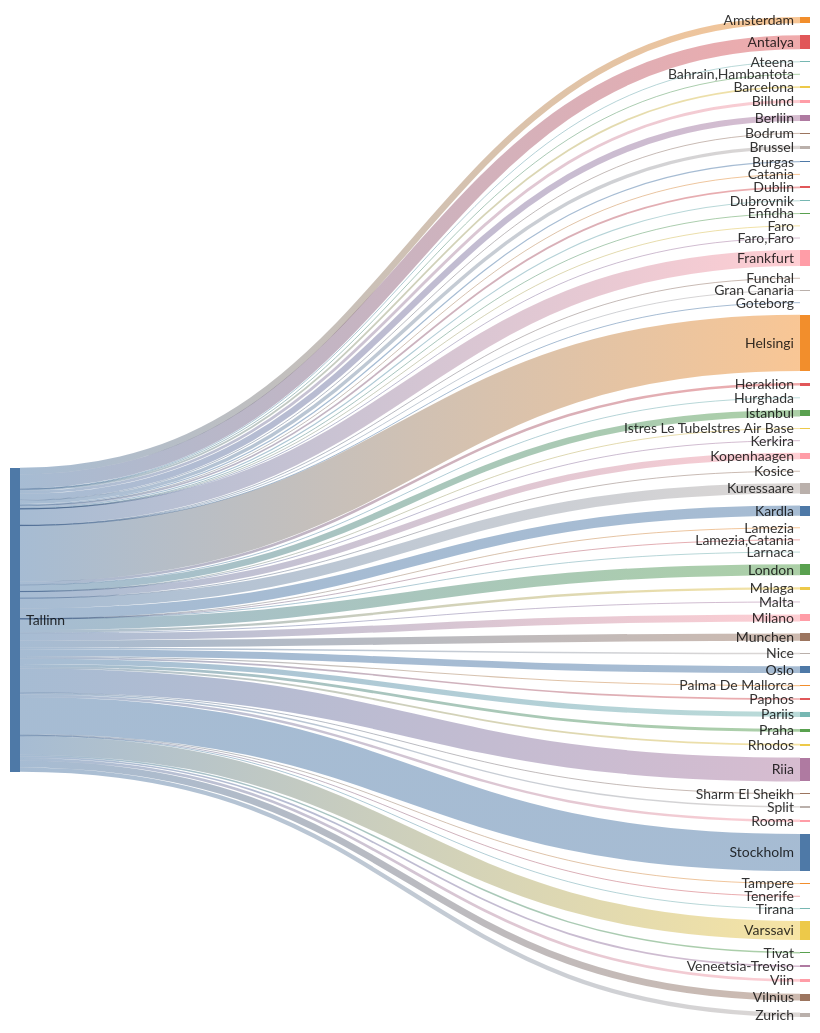
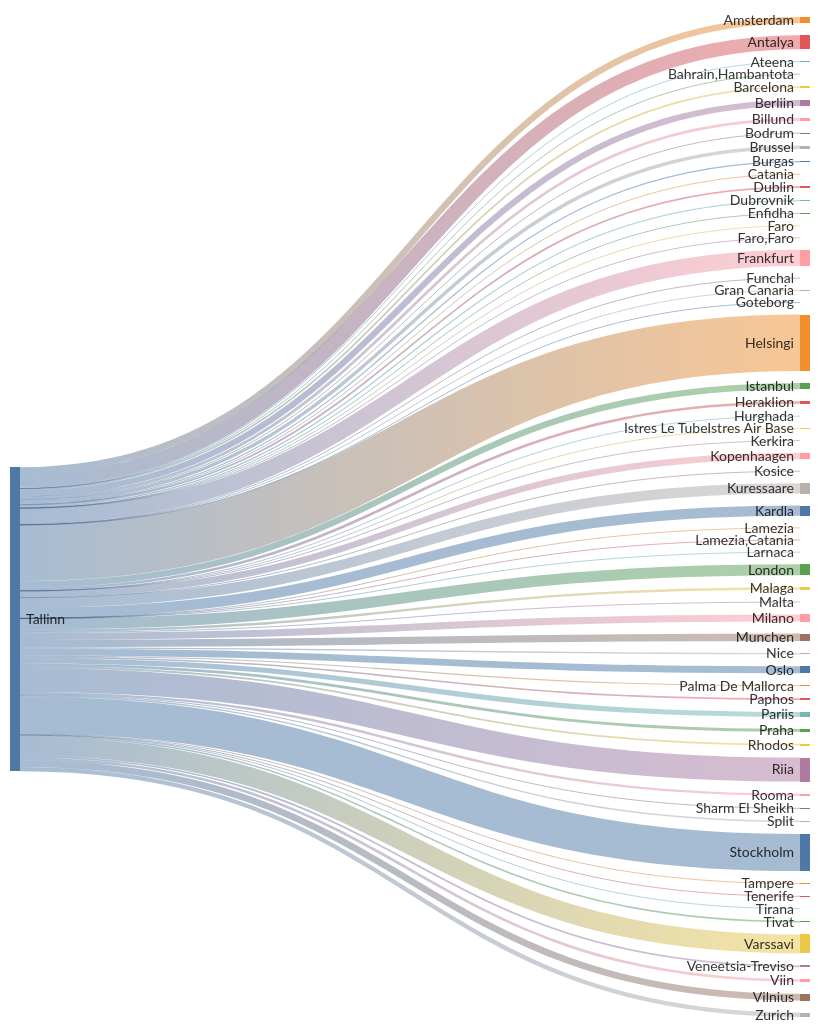
One commit to rainermesi/tll-airport-departures changed the second of 2 diagrams in README.md. Above: the diagram before and after it, drawn with Mermaid. The commit also changed other lines of this file, not shown here.

````diff
--- a/README.md
+++ b/README.md
@@ -34,72 +34,72 @@
 ```mermaid
 ---
 config:
   sankey:
     showValues: false
     width: 800
     height: 1000
 ---
 sankey-beta
 %% source,target,value
-Tallinn,Amsterdam,112
+Tallinn,Amsterdam,113
 Tallinn,Antalya,245
 Tallinn,Ateena,16
 Tallinn,"Bahrain,Hambantota",1
 Tallinn,Barcelona,31
 Tallinn,Berliin,108
 Tallinn,Billund,49
 Tallinn,Bodrum,11
-Tallinn,Brussel,60
+Tallinn,Brussel,61
 Tallinn,Burgas,21
 Tallinn,Catania,2
 Tallinn,Dublin,30
 Tallinn,Dubrovnik,21
 Tallinn,Enfidha,7
 Tallinn,Faro,4
 Tallinn,"Faro,Faro",1
-Tallinn,Frankfurt,281
+Tallinn,Frankfurt,283
 Tallinn,Funchal,4
-Tallinn,Gran Canaria,5
+Tallinn,Gran Canaria,6
 Tallinn,Goteborg,1
-Tallinn,Helsingi,982
+Tallinn,Helsingi,991
 Tallinn,Heraklion,46
 Tallinn,Hurghada,10
-Tallinn,Istanbul,111
+Tallinn,Istanbul,112
 Tallinn,Istres Le TubeIstres Air Base,2
 Tallinn,Kerkira,4
-Tallinn,Kopenhaagen,112
+Tallinn,Kopenhaagen,113
 Tallinn,Kosice,1
-Tallinn,Kuressaare,179
-Tallinn,Kardla,179
+Tallinn,Kuressaare,181
+Tallinn,Kardla,181
 Tallinn,Lamezia,1
 Tallinn,"Lamezia,Catania",3
 Tallinn,Larnaca,4
-Tallinn,London,191
+Tallinn,London,193
 Tallinn,Malaga,42
 Tallinn,Malta,15
-Tallinn,Milano,123
-Tallinn,Munchen,128
+Tallinn,Milano,124
+Tallinn,Munchen,129
 Tallinn,Nice,25
-Tallinn,Oslo,120
+Tallinn,Oslo,121
 Tallinn,Palma De Mallorca,19
 Tallinn,Paphos,29
 Tallinn,Pariis,90
 Tallinn,Praha,49
 Tallinn,Rhodos,32
-Tallinn,Riia,417
-Tallinn,Rooma,42
+Tallinn,Riia,421
+Tallinn,Rooma,43
 Tallinn,Sharm El Sheikh,12
 Tallinn,Split,25
-Tallinn,Stockholm,649
+Tallinn,Stockholm,651
 Tallinn,Tampere,17
-Tallinn,Tenerife,7
+Tallinn,Tenerife,8
 Tallinn,Tirana,8
 Tallinn,Tivat,26
-Tallinn,Varssavi,331
+Tallinn,Varssavi,334
 Tallinn,Veneetsia-Treviso,30
 Tallinn,Viin,48
-Tallinn,Vilnius,117
+Tallinn,Vilnius,118
 Tallinn,Zurich,76
 
 
 ```
````
